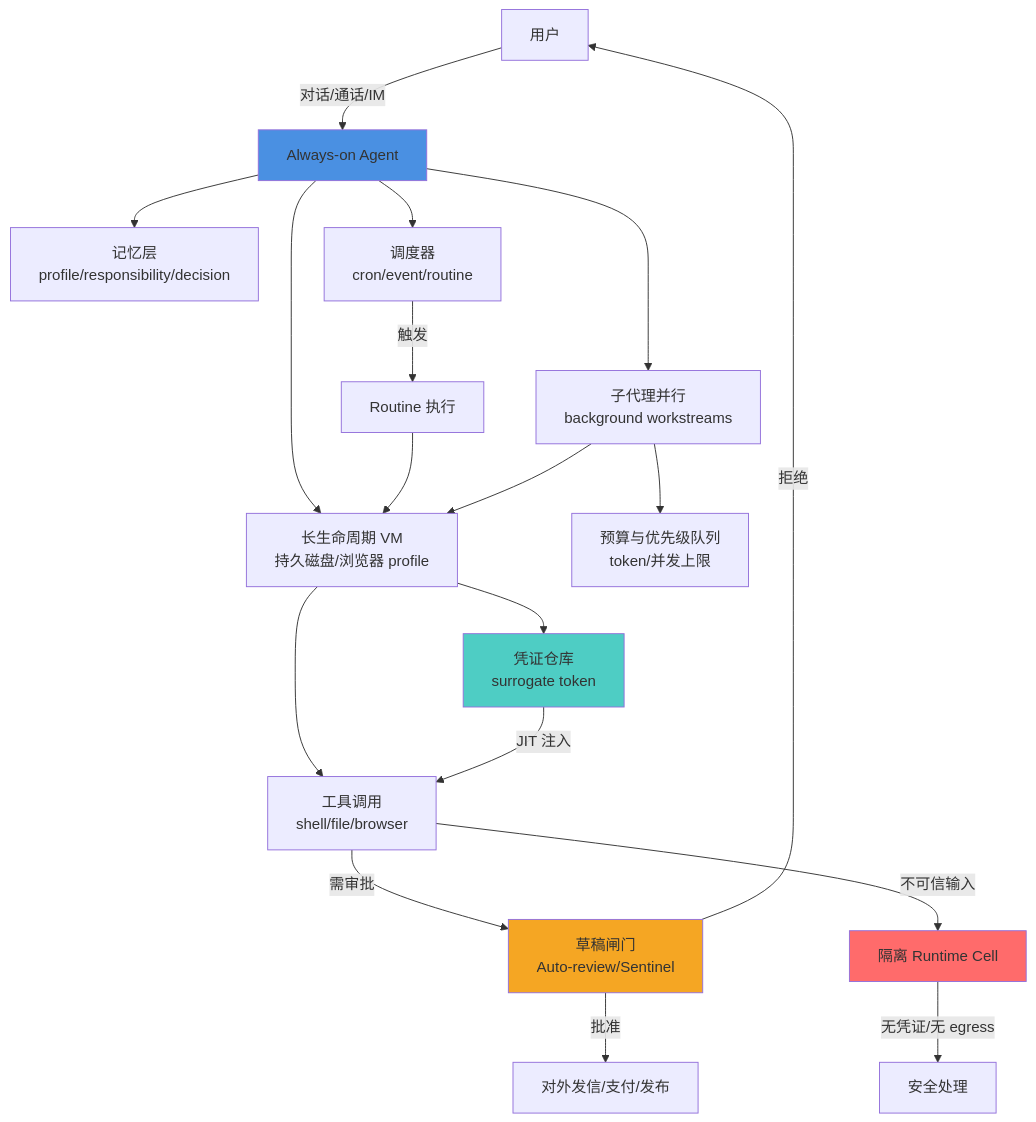
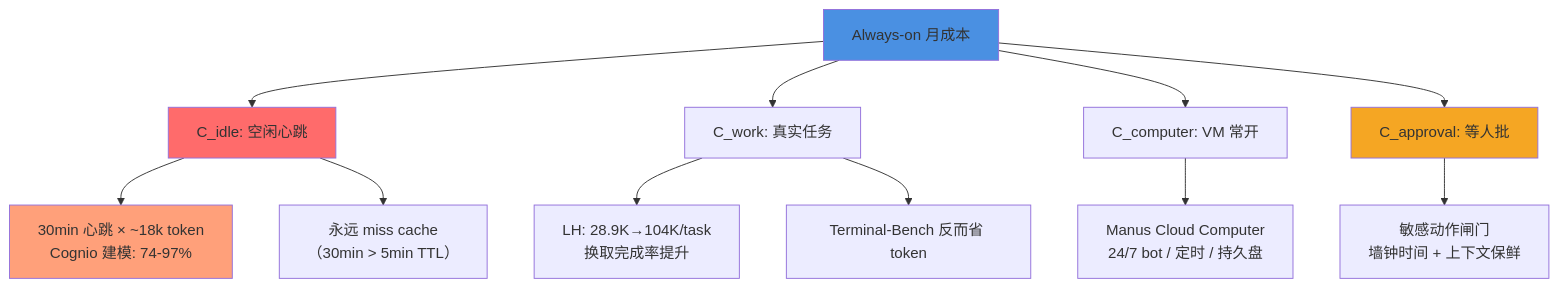
Before and after one commit to cFireworks/cfireworks.github.io: the diagram in source/_posts/2026-10-01-always-on-agent-harness-boundary.md, drawn with Mermaid. The commit also changed other lines of this file, not shown here.

First line of the commit message:
rewrite: Always-on 的第一性原理：责任、时间、电脑与闸门

````diff
--- a/source/_posts/2026-10-01-always-on-agent-harness-boundary.md
+++ b/source/_posts/2026-10-01-always-on-agent-harness-boundary.md
@@ -261,31 +387,22 @@
 ```mermaid
-graph TB
-    User[用户] -->|对话/通话/IM| Always-on[Always-on Agent]
+graph TD
+    A[Always-on 月成本] --> B[C_idle: 空闲心跳]
+    A --> C[C_work: 真实任务]
+    A --> D[C_computer: VM 常开]
+    A --> E[C_approval: 等人批]
     
-    Always-on --> Memory[记忆层<br>profile/responsibility/decision]
-    Always-on --> Scheduler[调度器<br>cron/event/routine]
-    Always-on --> VM[长生命周期 VM<br>持久磁盘/浏览器 profile]
-    Always-on --> Subagents[子代理并行<br>background workstreams]
+    B --> B1["30min 心跳 × ~18k token<br>Cognio 建模: 74-97%"]
+    B --> B2["永远 miss cache<br>（30min > 5min TTL）"]
     
-    Scheduler -->|触发| Routine[Routine 执行]
-    Routine --> VM
+    C --> C1["LH: 28.9K→104K/task<br>换取完成率提升"]
+    C --> C2["Terminal-Bench 反而省 token"]
     
-    VM --> Tools[工具调用<br>shell/file/browser]
-    Tools -->|需审批| DraftGate[草稿闸门<br>Auto-review/Sentinel]
-    DraftGate -->|批准| External[对外发信/支付/发布]
-    DraftGate -->|拒绝| User
+    D --> D1["Manus Cloud Computer<br>24/7 bot / 定时 / 持久盘"]
     
-    Tools -->|不可信输入| IsolationCell[隔离 Runtime Cell]
-    IsolationCell -->|无凭证/无 egress| SafeProcess[安全处理]
+    E --> E1["敏感动作闸门<br>墙钟时间 + 上下文保鲜"]
     
-    VM --> AuthStore[凭证仓库<br>surrogate token]
-    AuthStore -->|JIT 注入| Tools
-    
-    Subagents --> VM
-    Subagents --> BudgetQueue[预算与优先级队列<br>token/并发上限]
-    
-    style Always-on fill:#4A90E2
-    style DraftGate fill:#F5A623
-    style IsolationCell fill:#FF6B6B
-    style AuthStore fill:#4ECDC4
+    style B fill:#FF6B6B
+    style B1 fill:#FFA07A
+    style A fill:#4A90E2
+    style E fill:#F5A623
 ```
````
